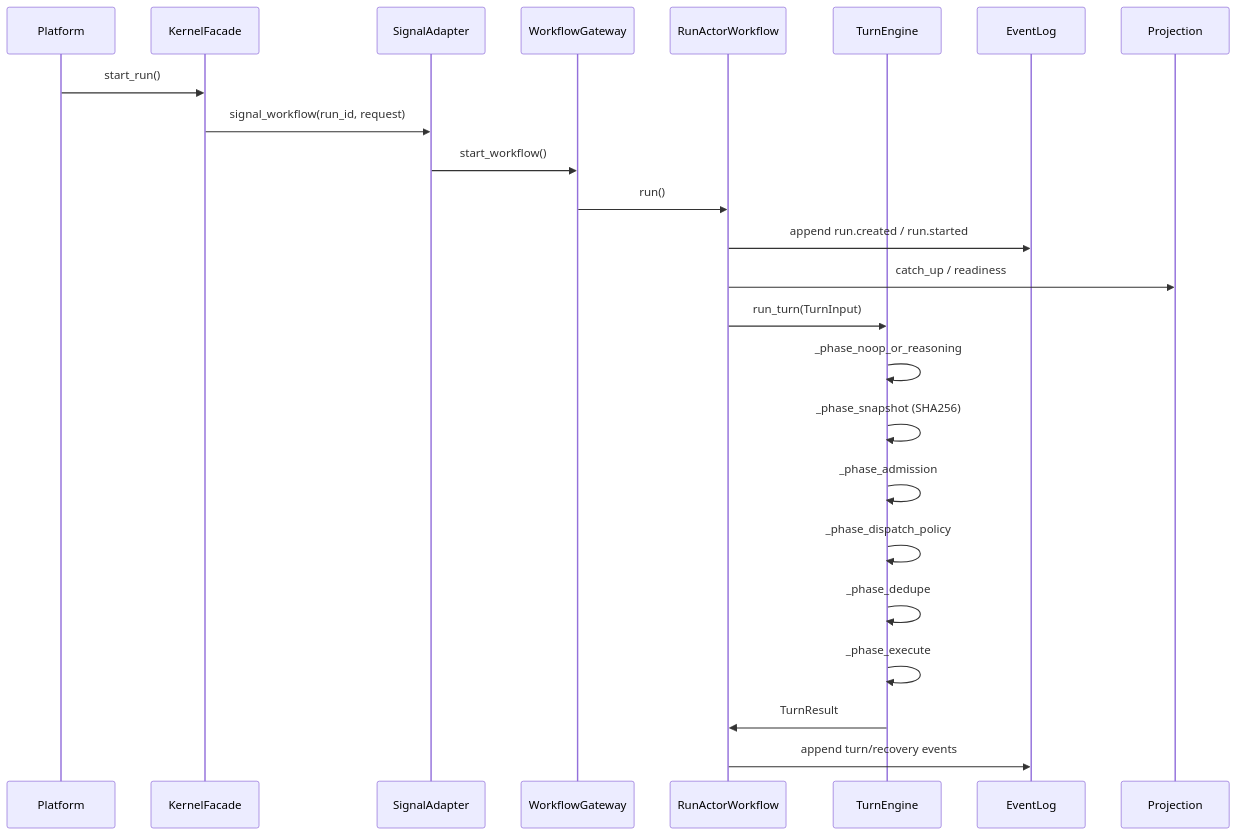
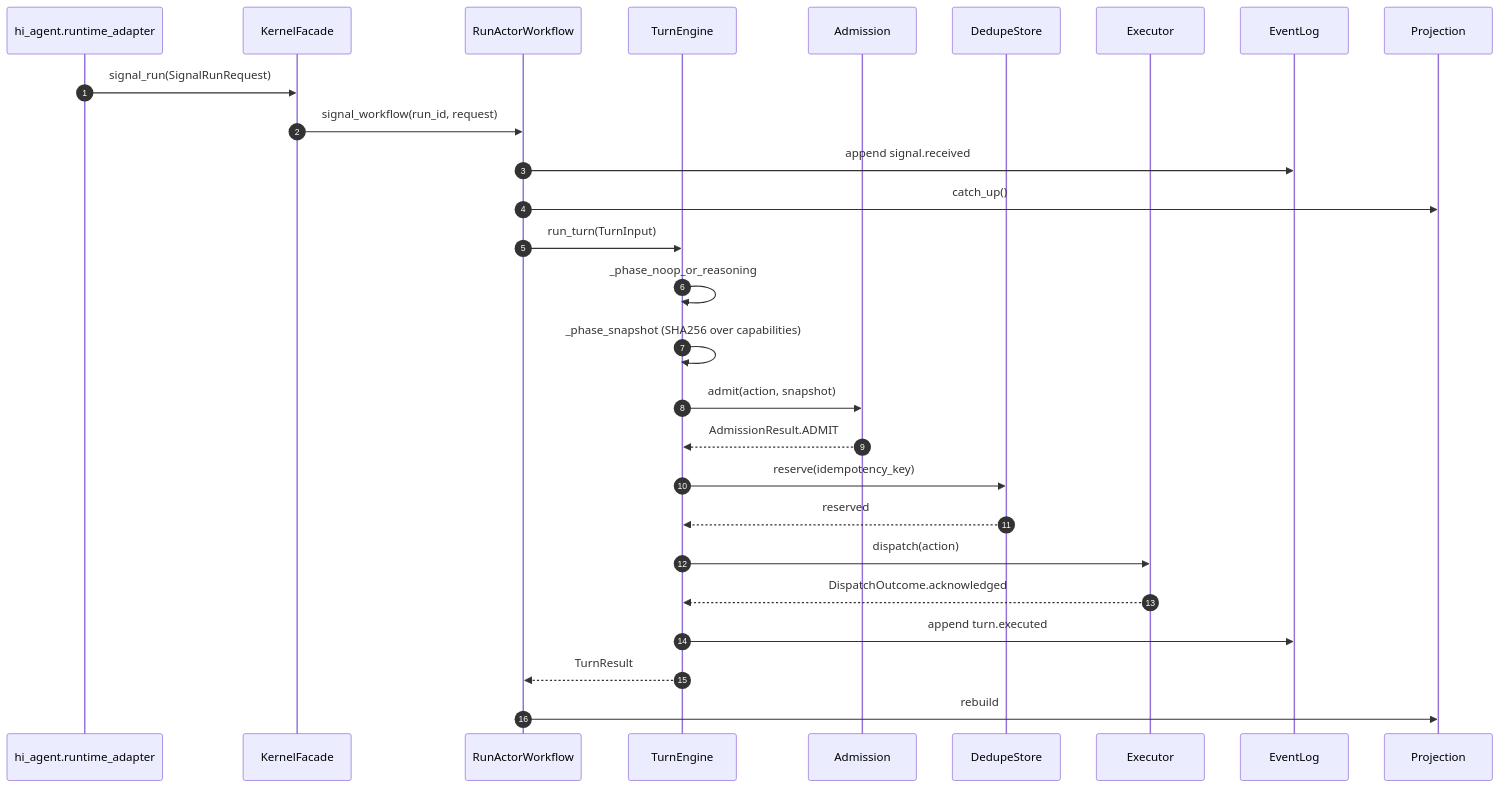
Before and after one commit to chaosxingxc-orion/hi-agent: the third of 4 diagrams in agent_kernel/ARCHITECTURE.md, drawn with Mermaid. The commit also changed other lines of this file and 25 other files, not shown here.

First line of the commit message:
[W35-corrective] Refresh ARCHITECTURE.md hierarchy + add missing READMEs

````diff
--- a/agent_kernel/ARCHITECTURE.md
+++ b/agent_kernel/ARCHITECTURE.md
@@ -121,27 +174,30 @@
 ```mermaid
 sequenceDiagram
-  participant P as Platform
-  participant F as KernelFacade
-  participant A as SignalAdapter
-  participant G as WorkflowGateway
-  participant R as RunActorWorkflow
-  participant T as TurnEngine
-  participant E as EventLog
-  participant J as Projection
+  autonumber
+  participant Caller as hi_agent.runtime_adapter
+  participant KF as KernelFacade
+  participant RA as RunActorWorkflow
+  participant TE as TurnEngine
+  participant ADM as Admission
+  participant DD as DedupeStore
+  participant EX as Executor
+  participant EL as EventLog
+  participant DP as Projection
 
-  P->>F: start_run()
-  F->>A: signal_workflow(run_id, request)
-  A->>G: start_workflow()
-  G->>R: run()
-  R->>E: append run.created / run.started
-  R->>J: catch_up / readiness
-  R->>T: run_turn(TurnInput)
-  T->>T: _phase_noop_or_reasoning
-  T->>T: _phase_snapshot (SHA256)
-  T->>T: _phase_admission
-  T->>T: _phase_dispatch_policy
-  T->>T: _phase_dedupe
-  T->>T: _phase_execute
-  T->>R: TurnResult
-  R->>E: append turn/recovery events
+  Caller->>KF: signal_run(SignalRunRequest)
+  KF->>RA: signal_workflow(run_id, request)
+  RA->>EL: append signal.received
+  RA->>DP: catch_up()
+  RA->>TE: run_turn(TurnInput)
+  TE->>TE: _phase_noop_or_reasoning
+  TE->>TE: _phase_snapshot (SHA256 over capabilities)
+  TE->>ADM: admit(action, snapshot)
+  ADM-->>TE: AdmissionResult.ADMIT
+  TE->>DD: reserve(idempotency_key)
+  DD-->>TE: reserved
+  TE->>EX: dispatch(action)
+  EX-->>TE: DispatchOutcome.acknowledged
+  TE->>EL: append turn.executed
+  TE-->>RA: TurnResult
+  RA->>DP: rebuild
 ```
````
